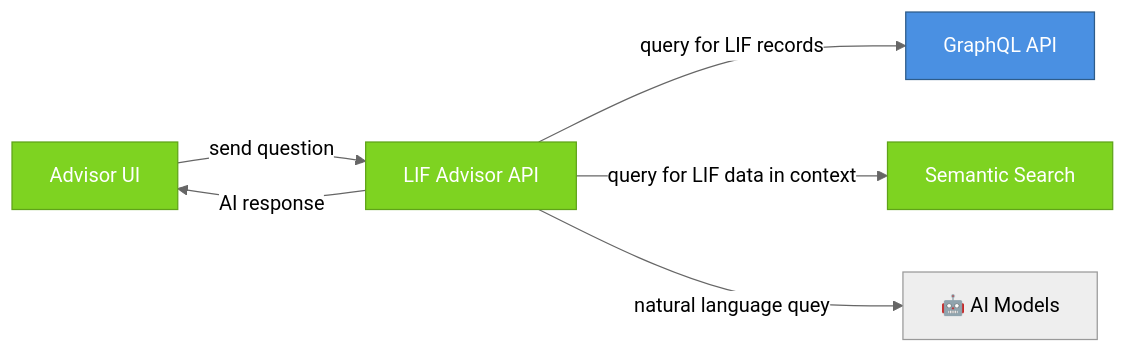
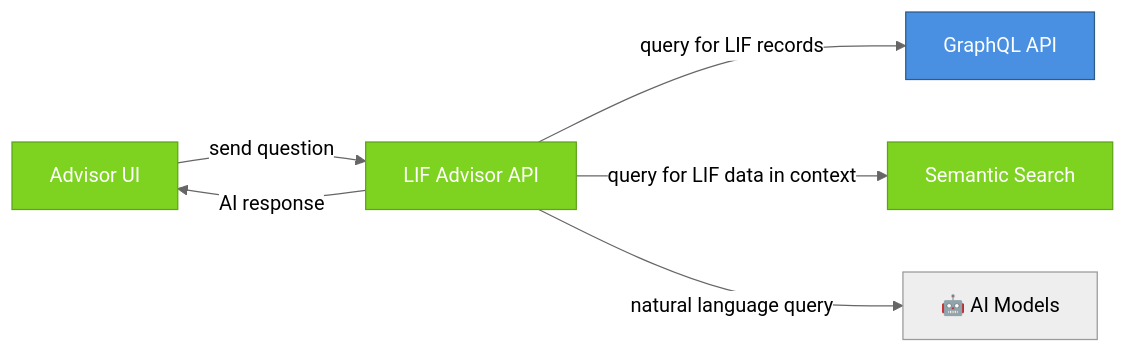
Before and after one commit to LIF-Initiative/lif-core: the seventh of 15 diagrams in docs/lif_services_overview.md, drawn with Mermaid (neutral theme). The commit also changed other lines of this file, not shown here.

Commit message:
docs: update data collection/translation flow

````diff
--- a/docs/lif_services_overview.md
+++ b/docs/lif_services_overview.md
@@ -297,20 +297,20 @@
 ```mermaid
 graph LR
     AdvisorUI[Advisor UI]
     Advisor[LIF Advisor API]
     GQL[GraphQL API]
     MCP[Semantic Search]
     AIModels[🤖 AI Models]
     
     AdvisorUI -->|send question| Advisor
     Advisor -->|AI response| AdvisorUI
     Advisor -->|query for LIF records| GQL
     Advisor -->|query for LIF data in context| MCP
-    Advisor -->|natural language quey| AIModels
+    Advisor -->|natural language query| AIModels
     
     classDef intelStyle fill:#7ED321,stroke:#5FA319,color:#fff
     classDef coreStyle fill:#4A90E2,stroke:#2E5C8A,color:#fff
     
     class Advisor,AdvisorUI,MCP intelStyle
     class GQL coreStyle
 ```
````
